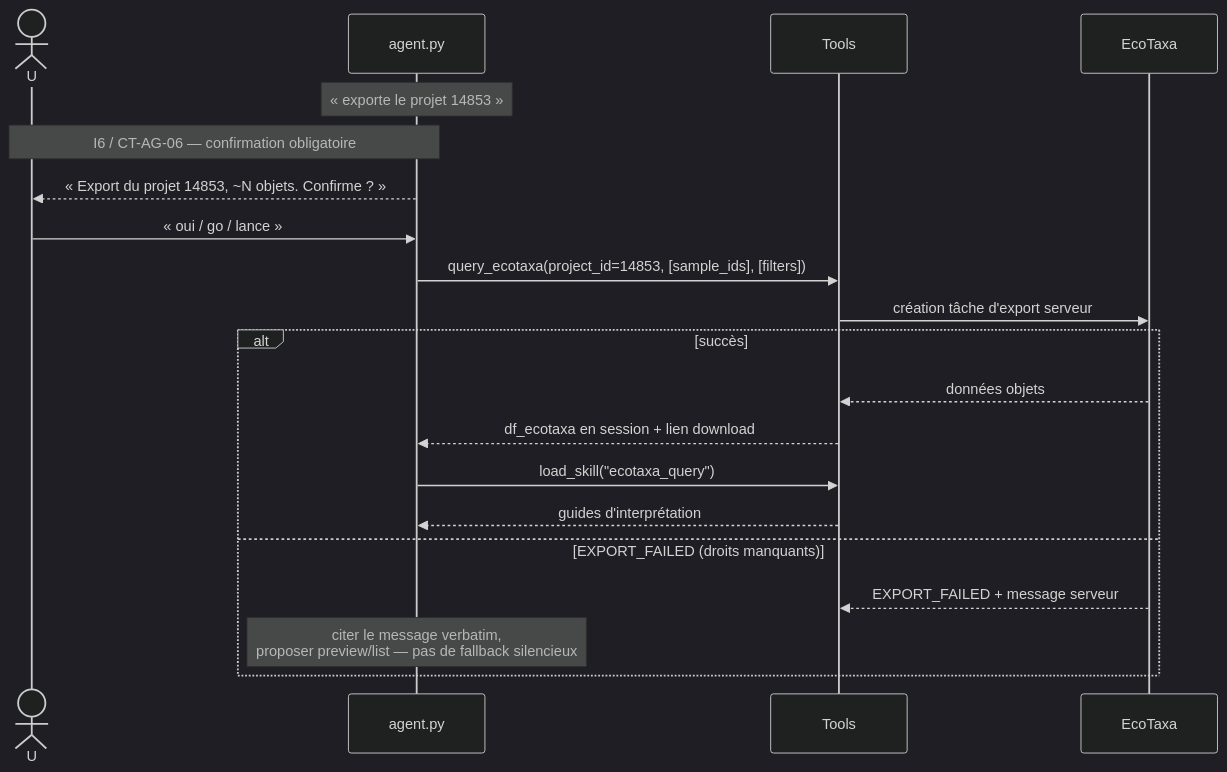
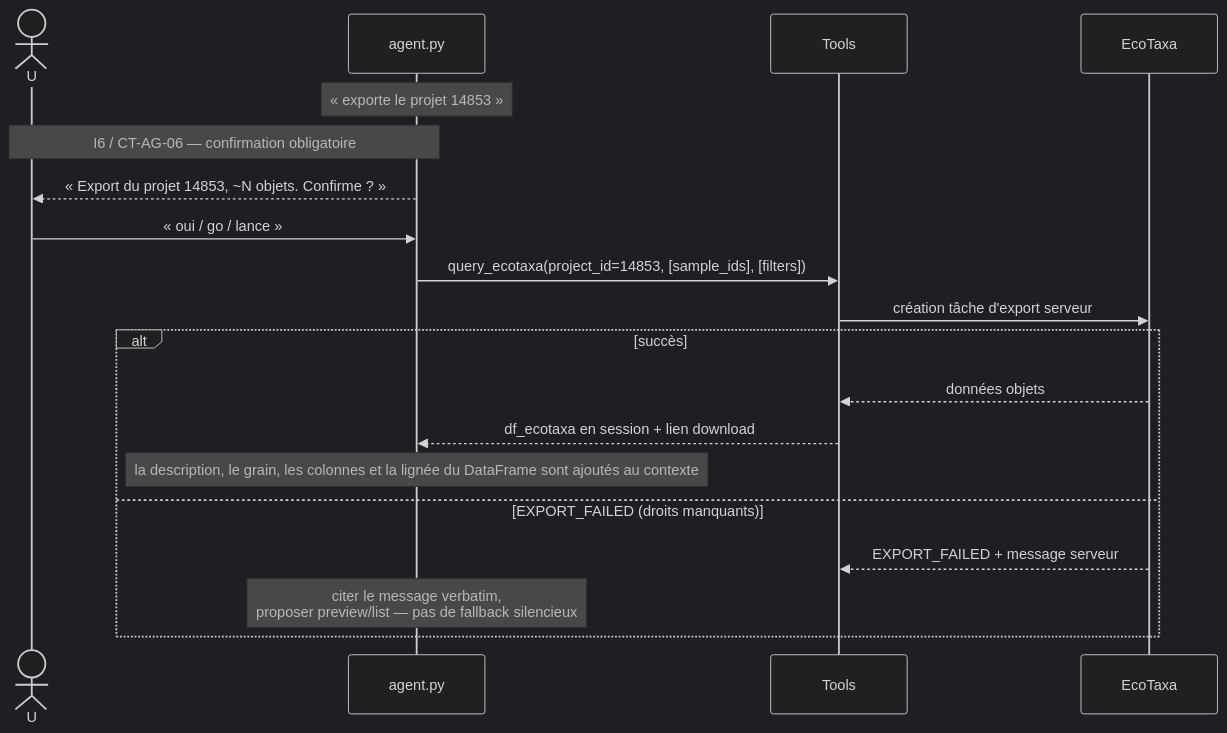
Before and after one commit to TidianeCisse777/IDEA: the fifth of 10 diagrams in SEQUENCES.md, drawn with Mermaid (dark theme). The commit also changed other lines of this file and 9 other files, not shown here.

````diff
--- a/SEQUENCES.md
+++ b/SEQUENCES.md
@@ -131,23 +129,22 @@
 ```mermaid
 sequenceDiagram
     actor U
     participant AG as agent.py
     participant T as Tools
     participant EXT as EcoTaxa
 
     Note over AG: « exporte le projet 14853 »
     Note over AG,U: I6 / CT-AG-06 — confirmation obligatoire
     AG-->>U: « Export du projet 14853, ~N objets. Confirme ? »
     U->>AG: « oui / go / lance »
     AG->>T: query_ecotaxa(project_id=14853, [sample_ids], [filters])
     T->>EXT: création tâche d'export serveur
     alt succès
         EXT-->>T: données objets
         T-->>AG: df_ecotaxa en session + lien download
-        AG->>T: load_skill("ecotaxa_query")
-        T-->>AG: guides d'interprétation
+        Note over AG: la description, le grain, les colonnes et la lignée du DataFrame sont ajoutés au contexte
     else EXPORT_FAILED (droits manquants)
         EXT-->>T: EXPORT_FAILED + message serveur
         Note over AG: citer le message verbatim,<br/>proposer preview/list — pas de fallback silencieux
     end
 ```
````
